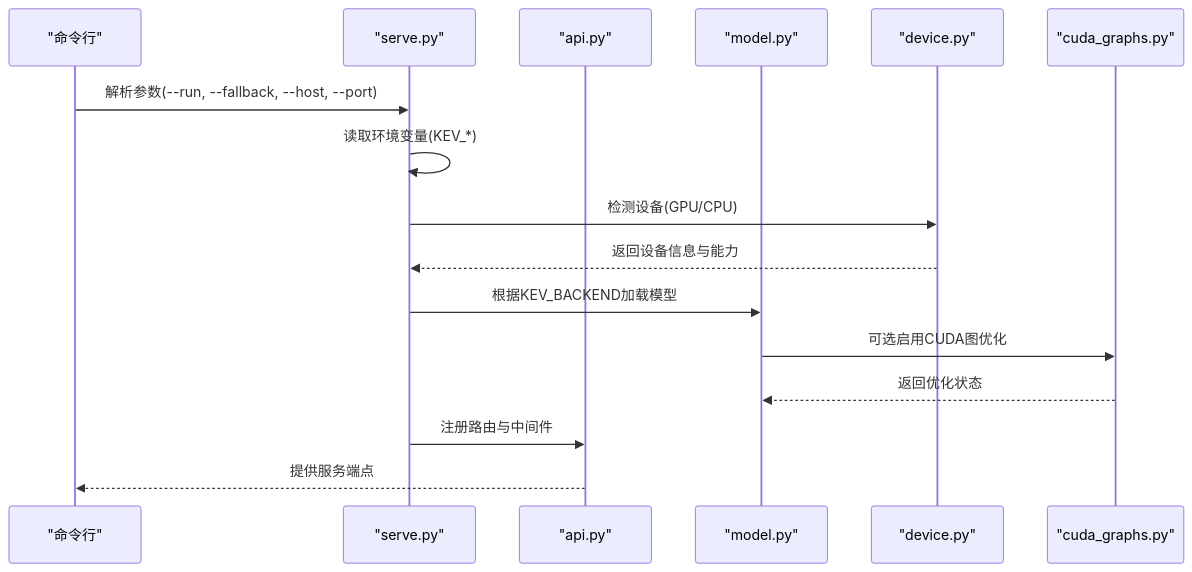
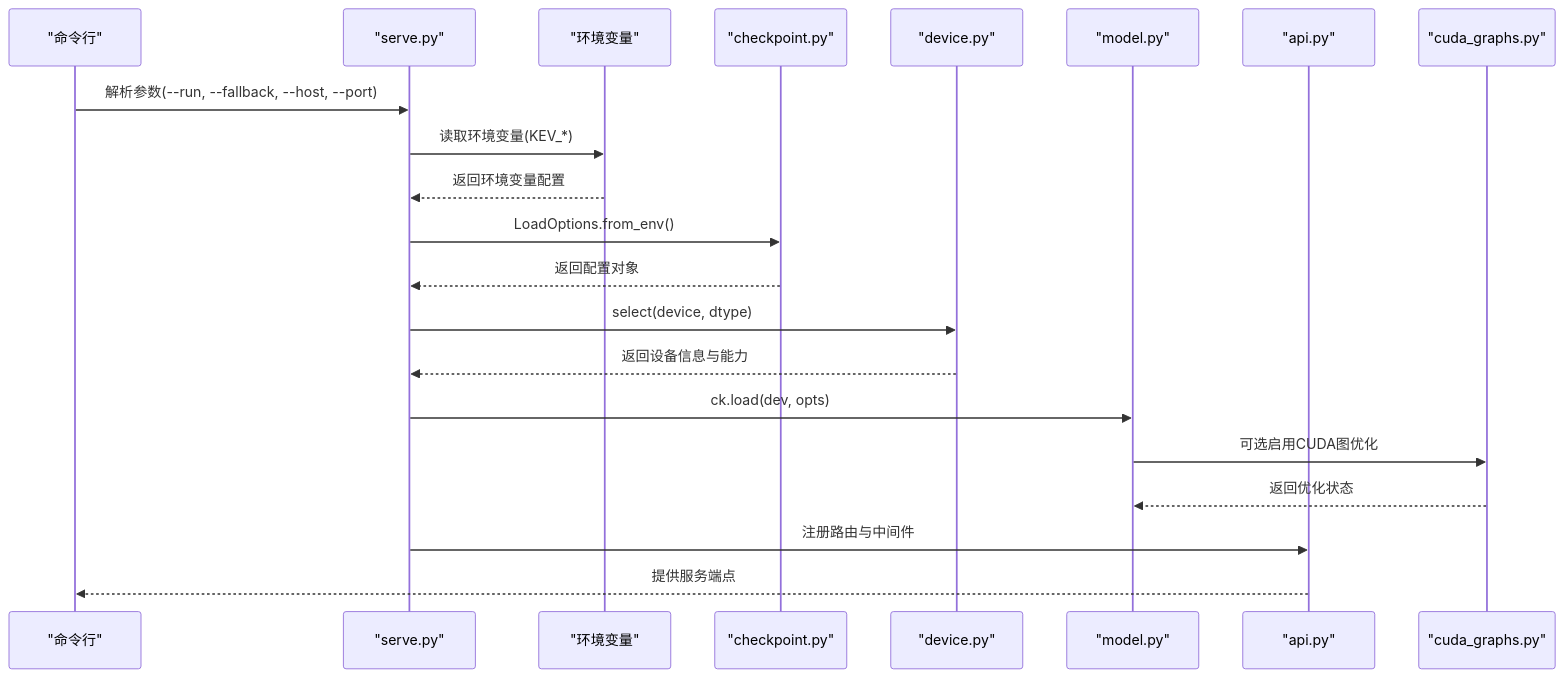
One commit to joezxh/kev changed the second of 7 diagrams in .qoder/repowiki/zh/content/推理服务/服务配置.md. Above: the diagram before and after it, drawn with Mermaid. The commit also changed other lines of this file and 220 other files, not shown here.

````diff
--- a/.qoder/repowiki/zh/content/推理服务/服务配置.md
+++ b/.qoder/repowiki/zh/content/推理服务/服务配置.md
@@ -72,18 +84,23 @@
 ```mermaid
 sequenceDiagram
 participant CLI as "命令行"
 participant Serve as "serve.py"
+participant Env as "环境变量"
+participant Checkpoint as "checkpoint.py"
+participant Device as "device.py"
+participant Model as "model.py"
 participant API as "api.py"
-participant Model as "model.py"
-participant Dev as "device.py"
 participant CG as "cuda_graphs.py"
 CLI->>Serve : 解析参数(--run, --fallback, --host, --port)
-Serve->>Serve : 读取环境变量(KEV_*)
-Serve->>Dev : 检测设备(GPU/CPU)
-Dev-->>Serve : 返回设备信息与能力
-Serve->>Model : 根据KEV_BACKEND加载模型
+Serve->>Env : 读取环境变量(KEV_*)
+Env-->>Serve : 返回环境变量配置
+Serve->>Checkpoint : LoadOptions.from_env()
+Checkpoint-->>Serve : 返回配置对象
+Serve->>Device : select(device, dtype)
+Device-->>Serve : 返回设备信息与能力
+Serve->>Model : ck.load(dev, opts)
 Model->>CG : 可选启用CUDA图优化
 CG-->>Model : 返回优化状态
 Serve->>API : 注册路由与中间件
 API-->>CLI : 提供服务端点
 ```
````
